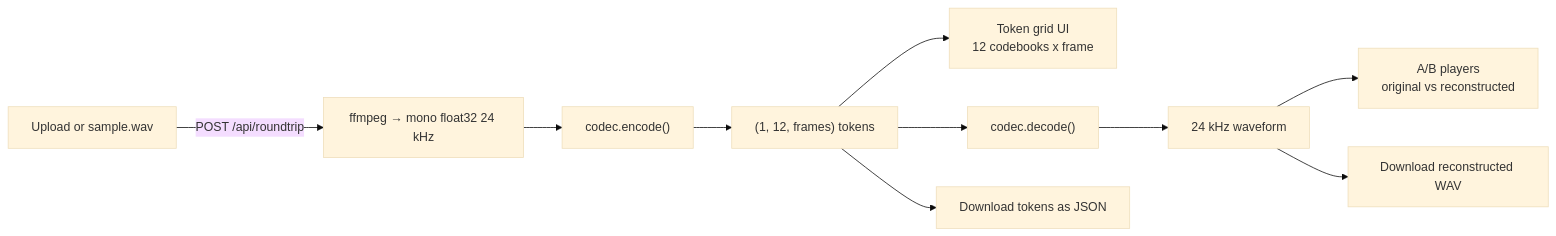
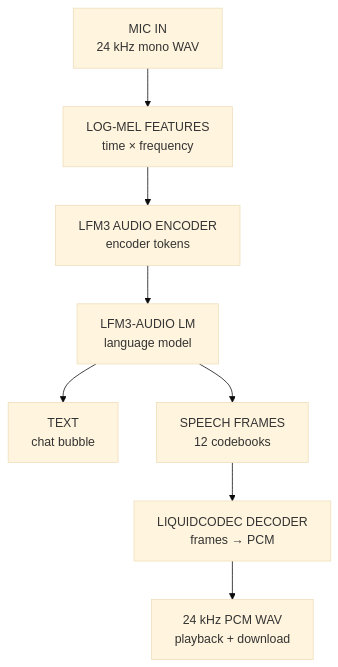
One commit to sharathkrml/liq-codec changed the diagram in README.md. Above: the diagram before and after it, drawn with Mermaid (base theme). The commit also changed other lines of this file and 18 other files, not shown here.

First line of the commit message:
Focus demo on LFM3-Audio voice chat and drop codec tabs

````diff
--- a/README.md
+++ b/README.md
@@ -108,12 +44,10 @@
 ```mermaid
-flowchart LR
-  A["Upload or sample.wav"] -->|POST /api/roundtrip| B["ffmpeg → mono float32 24 kHz"]
-  B --> C["codec.encode()"]
-  C --> D["(1, 12, frames) tokens"]
-  D --> E["Token grid UI<br/>12 codebooks x frame"]
-  D --> F["codec.decode()"]
-  F --> G["24 kHz waveform"]
-  G --> H["A/B players<br/>original vs reconstructed"]
-  D --> I["Download tokens as JSON"]
-  G --> J["Download reconstructed WAV"]
+flowchart TD
+    A["MIC IN<br/>24 kHz mono WAV"] --> B["LOG-MEL FEATURES<br/>time × frequency"]
+    B --> C["LFM3 AUDIO ENCODER<br/>encoder tokens"]
+    C --> D["LFM3-AUDIO LM<br/>language model"]
+    D --> E["TEXT<br/>chat bubble"]
+    D --> F["SPEECH FRAMES<br/>12 codebooks"]
+    F --> G["LIQUIDCODEC DECODER<br/>frames → PCM"]
+    G --> H["24 kHz PCM WAV<br/>playback + download"]
 ```
````
